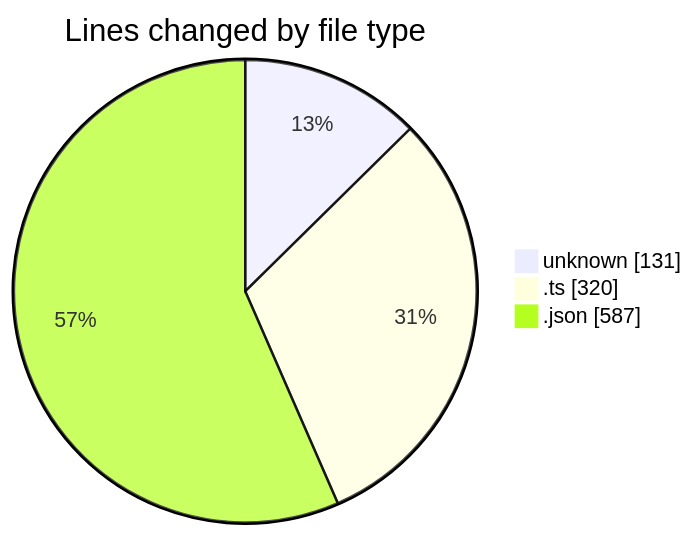
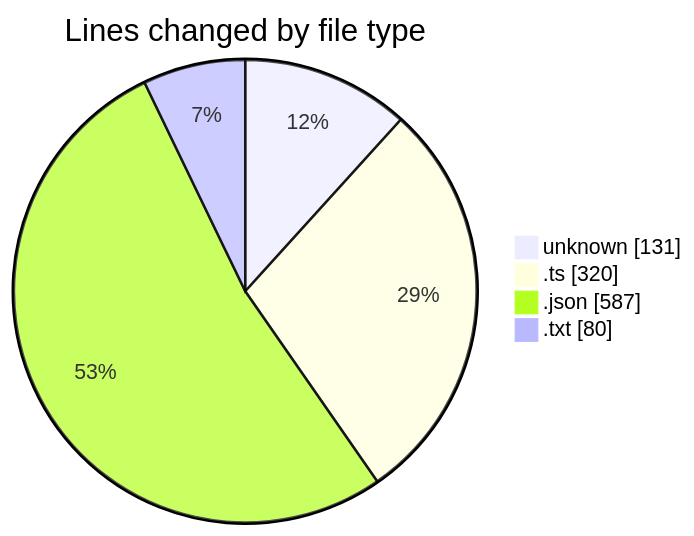
One commit to EIIisD/code-tracking changed the first of 2 diagrams in 2025-08-17/claudecraft/README.md. Above: the diagram before and after it, drawn with Mermaid. The commit also changed other lines of this file and 1 other file, not shown here.

````diff
--- a/2025-08-17/claudecraft/README.md
+++ b/2025-08-17/claudecraft/README.md
@@ -24,7 +25,8 @@
 ```mermaid
 pie showData
 title Lines changed by file type
 "unknown" : 131
 ".ts" : 320
 ".json" : 587
+".txt" : 80
 ```
````
